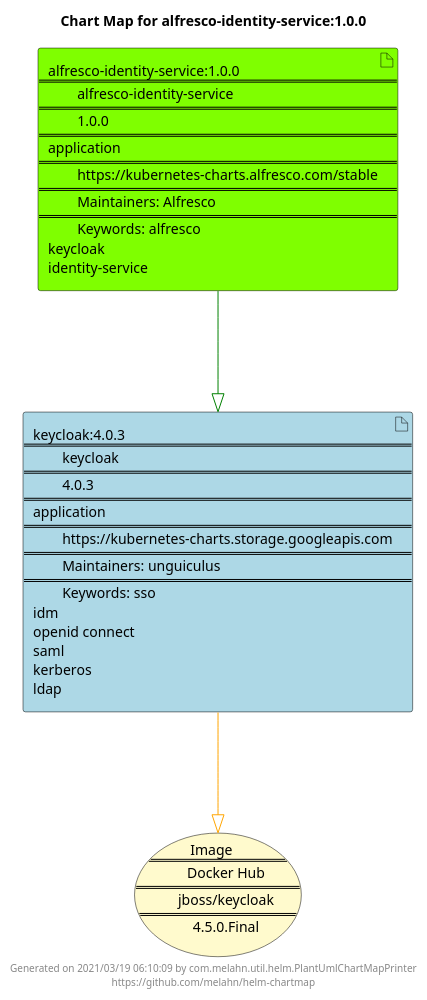
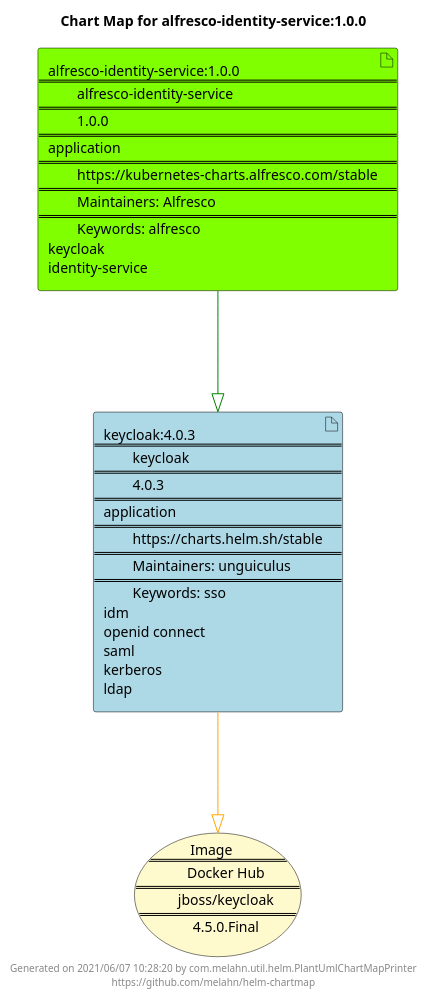
One commit to melahn/helm-chartmap changed the diagram in docs/alfresco-identity-service/alfresco-identity-service-1.0.0.puml. Above: the diagram before and after it, drawn with PlantUML. The commit also changed 32 other files, not shown here.

Commit message:
Updating chartmap examples

```diff
--- a/docs/alfresco-identity-service/alfresco-identity-service-1.0.0.puml
+++ b/docs/alfresco-identity-service/alfresco-identity-service-1.0.0.puml
@@ -1,23 +1,23 @@
 @startuml
 skinparam linetype ortho
 skinparam backgroundColor white
 skinparam usecaseBorderColor black
 skinparam usecaseArrowColor LightSlateGray
 skinparam artifactBorderColor black
 skinparam artifactArrowColor LightSlateGray
 
 title Chart Map for alfresco-identity-service:1.0.0
 
 'There are 2 referenced Helm Charts
-artifact "keycloak:4.0.3\n====\n\tkeycloak\n====\n\t4.0.3\n====\napplication\n====\n\thttps://kubernetes-charts.storage.googleapis.com\n====\n\tMaintainers: unguiculus\n====\n\tKeywords: sso\nidm\nopenid connect\nsaml\nkerberos\nldap" as keycloak_4_0_3 #LightBlue
+artifact "keycloak:4.0.3\n====\n\tkeycloak\n====\n\t4.0.3\n====\napplication\n====\n\thttps://charts.helm.sh/stable\n====\n\tMaintainers: unguiculus\n====\n\tKeywords: sso\nidm\nopenid connect\nsaml\nkerberos\nldap" as keycloak_4_0_3 #LightBlue
 artifact "alfresco-identity-service:1.0.0\n====\n\talfresco-identity-service\n====\n\t1.0.0\n====\napplication\n====\n\thttps://kubernetes-charts.alfresco.com/stable\n====\n\tMaintainers: Alfresco\n====\n\tKeywords: alfresco\nkeycloak\nidentity-service" as alfresco_identity_service_1_0_0 #Chartreuse
 
 'There is one referenced Docker Image
 usecase "Image\n====\n\tDocker Hub\n====\n\tjboss/keycloak\n====\n\t4.5.0.Final" as jboss_keycloak_4_5_0_Final #LemonChiffon
 
 'Chart Dependencies
 alfresco_identity_service_1_0_0--[#green]-|>keycloak_4_0_3
 keycloak_4_0_3--[#orange]-|>jboss_keycloak_4_5_0_Final
 
-center footer Generated on 2021/03/19 06:10:09 by com.melahn.util.helm.PlantUmlChartMapPrinter\nhttps://github.com/melahn/helm-chartmap
+center footer Generated on 2021/06/07 10:28:20 by com.melahn.util.helm.PlantUmlChartMapPrinter\nhttps://github.com/melahn/helm-chartmap
 @enduml
```
